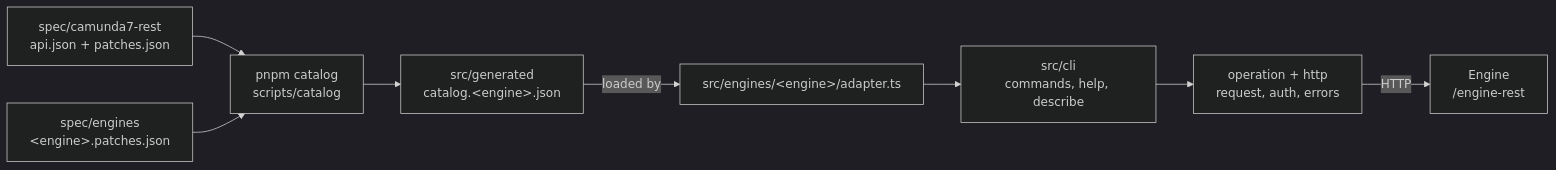
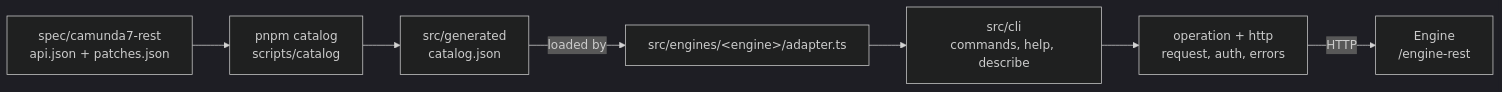
Before and after one commit to Miragon/pulse: the second of 4 diagrams in docs/cli/architecture.md, drawn with Mermaid (dark theme). The commit also changed other lines of this file and 268 other files, not shown here.

````diff
--- a/docs/cli/architecture.md
+++ b/docs/cli/architecture.md
@@ -50,10 +50,9 @@
 ```mermaid
 flowchart LR
   spec["spec/camunda7-rest<br/>api.json + patches.json"] --> gen["pnpm catalog<br/>scripts/catalog"]
-  patches["spec/engines<br/>&lt;engine&gt;.patches.json"] --> gen
-  gen --> catalog["src/generated<br/>catalog.&lt;engine&gt;.json"]
+  gen --> catalog["src/generated<br/>catalog.json"]
   catalog -- loaded by --> adapter["src/engines/&lt;engine&gt;/adapter.ts"]
   adapter --> cli["src/cli<br/>commands, help, describe"]
   cli --> http["operation + http<br/>request, auth, errors"]
   http -- HTTP --> engine["Engine<br/>/engine-rest"]
 ```
````
